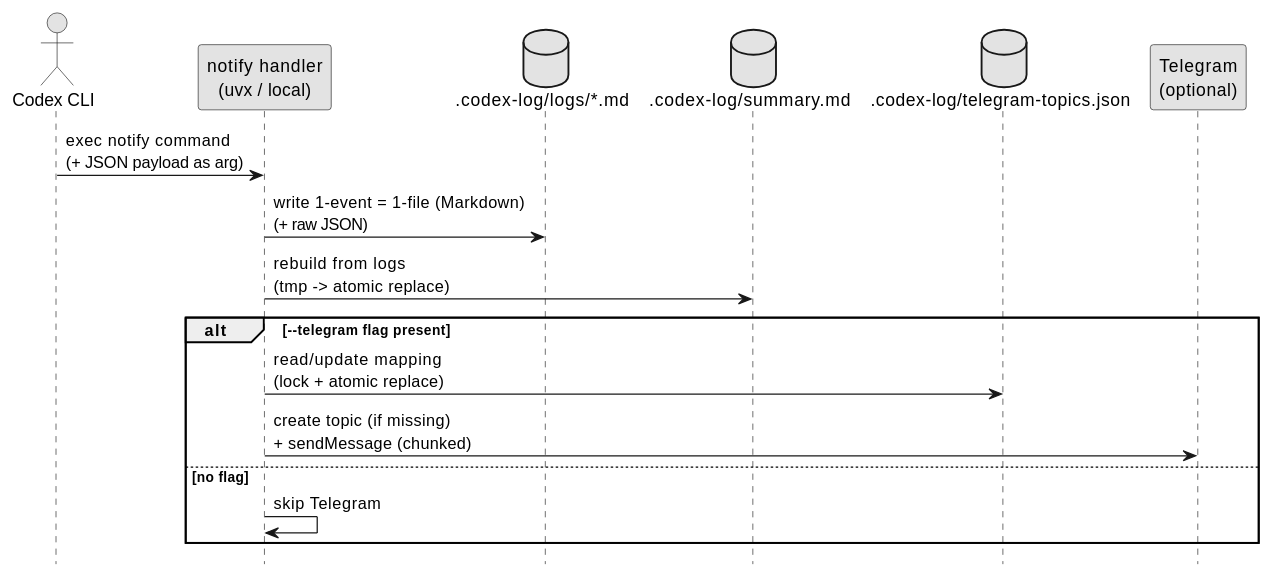
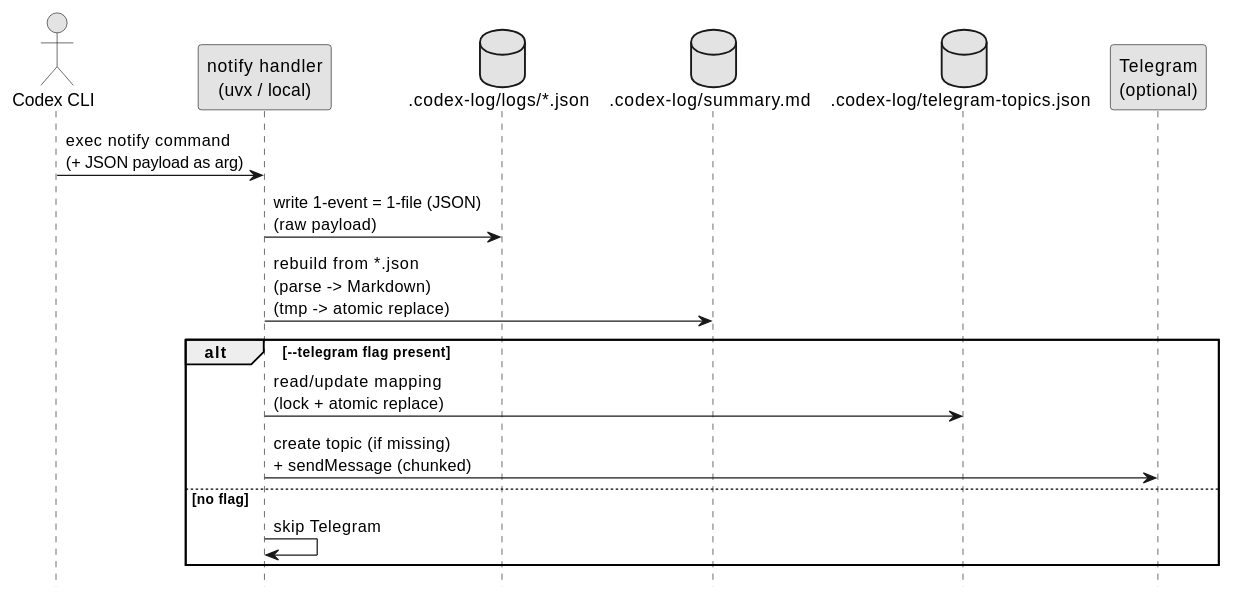
One commit to chemitaro/codex-agent-logger changed the first of 2 diagrams in spec-dock/initiatives/init-local-00001-codex-notify-json-logger/requirement.md. Above: the diagram before and after it, drawn with PlantUML. The commit also changed other lines of this file and 23 other files, not shown here.

Commit message:
docs(init-local-00001): ログ保存仕様をJSON化し設計文書を更新 - `logs/*.md`を`logs/*.json`へ変更し、`summary.md`再生成をJSONパース方式に統一 - ADR `00001`〜`00010`の最終判断と関連仕様（命名・安全ID・`.env`・topic名等）を受け入れ内容で反映 - Telegram送信・CLI配布・要件計画側のQ項目を意思決定済みに更新

````diff
--- a/spec-dock/initiatives/init-local-00001-codex-notify-json-logger/requirement.md
+++ b/spec-dock/initiatives/init-local-00001-codex-notify-json-logger/requirement.md
@@ -40,24 +40,24 @@
 ```plantuml
 @startuml
 skinparam monochrome true
 hide footbox
 
 actor "Codex CLI" as Codex
 participant "notify handler\n(uvx / local)" as Handler
-database ".codex-log/logs/*.md" as Logs
+database ".codex-log/logs/*.json" as Logs
 database ".codex-log/summary.md" as Summary
 database ".codex-log/telegram-topics.json" as Map
 participant "Telegram\n(optional)" as TG
 
 Codex -> Handler: exec notify command\n(+ JSON payload as arg)
-Handler -> Logs: write 1-event = 1-file (Markdown)\n(+ raw JSON)
-Handler -> Summary: rebuild from logs\n(tmp -> atomic replace)
+Handler -> Logs: write 1-event = 1-file (JSON)\n(raw payload)
+Handler -> Summary: rebuild from *.json\n(parse -> Markdown)\n(tmp -> atomic replace)
 
 alt --telegram flag present
   Handler -> Map: read/update mapping\n(lock + atomic replace)
   Handler -> TG: create topic (if missing)\n+ sendMessage (chunked)
 else no flag
   Handler -> Handler: skip Telegram
 end
 @enduml
 ```
````
